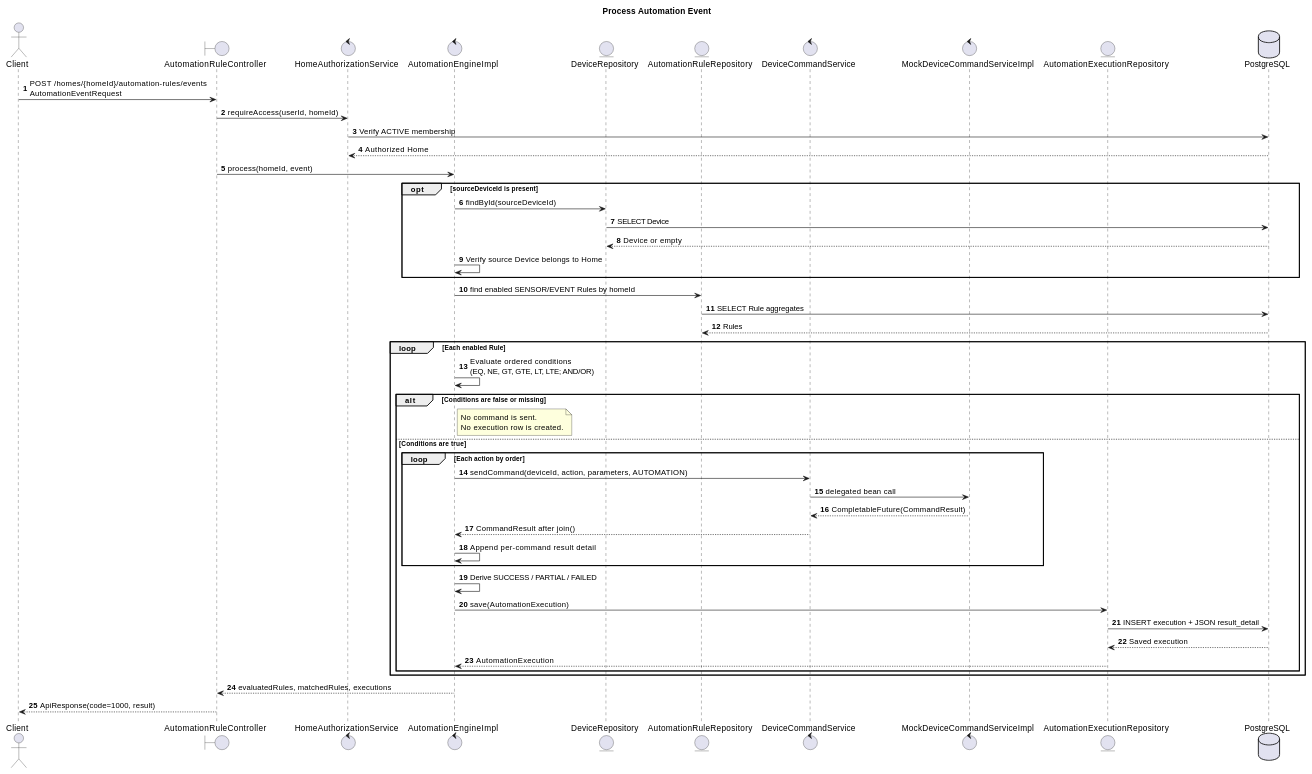
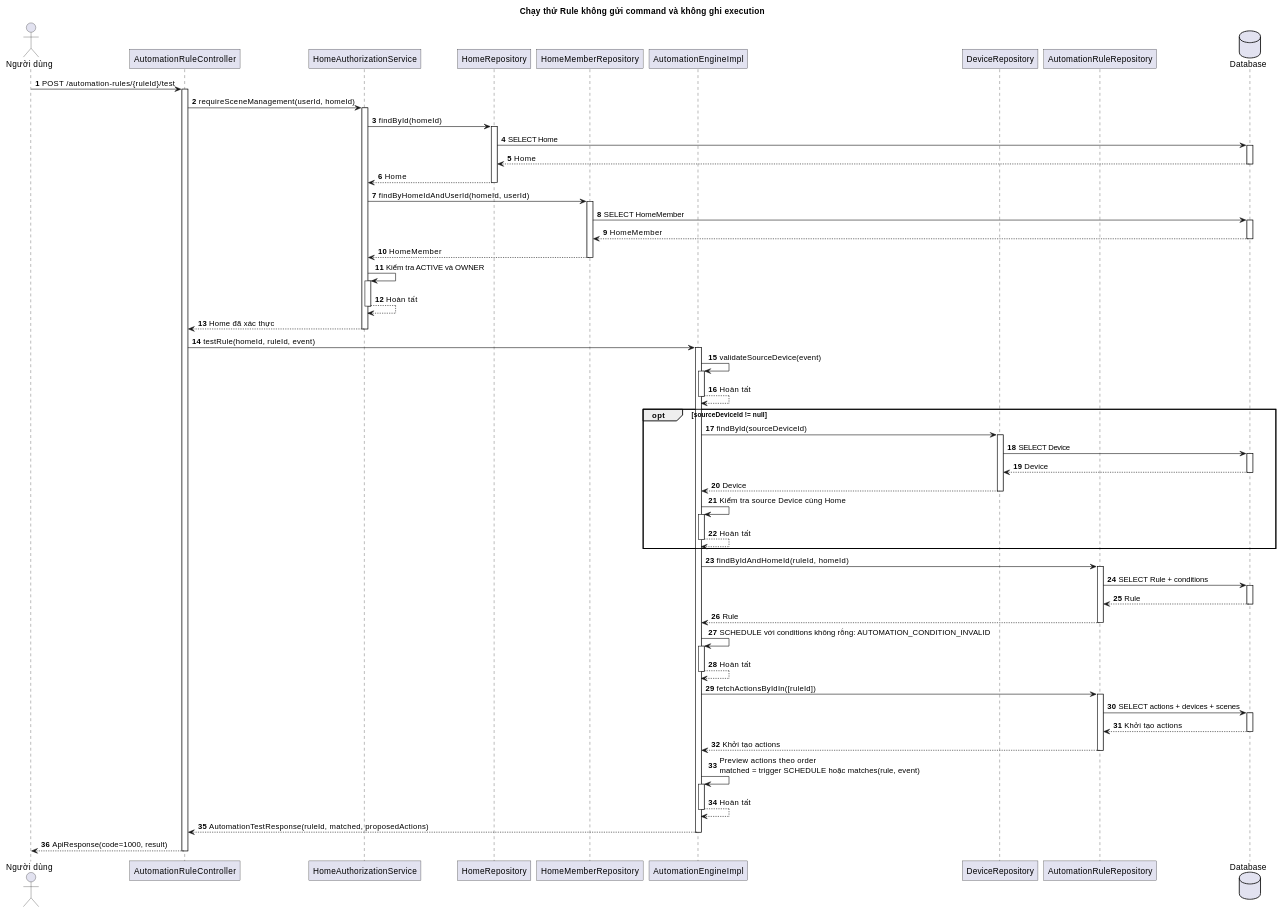
One commit to diethon/backend_hesta changed the tenth of 16 diagrams in docs/AUTOMATION_BEHAVIOR_IMPLEMENTATION.md. Above: the diagram before and after it, drawn with PlantUML. The commit also changed other lines of this file and 3 other files, not shown here.

````diff
--- a/docs/AUTOMATION_BEHAVIOR_IMPLEMENTATION.md
+++ b/docs/AUTOMATION_BEHAVIOR_IMPLEMENTATION.md
@@ -617,60 +1474,94 @@
 ```plantuml
-@startuml Automation_Event_Engine
-title Process Automation Event
+@startuml Automation_Test
+title Chạy thử Rule không gửi command và không ghi execution
+skinparam backgroundColor white
+skinparam shadowing false
+skinparam roundcorner 0
+skinparam defaultFontName Arial
+
 autonumber
-
-actor Client
-boundary AutomationRuleController as Controller
-control HomeAuthorizationService as Authorization
-control AutomationEngineImpl as Engine
-entity DeviceRepository as DeviceRepo
-entity AutomationRuleRepository as RuleRepo
-control DeviceCommandService as CommandPort
-control MockDeviceCommandServiceImpl as MockDevice
-entity AutomationExecutionRepository as ExecutionRepo
-database PostgreSQL as DB
-
-Client -> Controller: POST /homes/{homeId}/automation-rules/events\nAutomationEventRequest
-Controller -> Authorization: requireAccess(userId, homeId)
-Authorization -> DB: Verify ACTIVE membership
-DB --> Authorization: Authorized Home
-Controller -> Engine: process(homeId, event)
-
-opt sourceDeviceId is present
-    Engine -> DeviceRepo: findById(sourceDeviceId)
-    DeviceRepo -> DB: SELECT Device
-    DB --> DeviceRepo: Device or empty
-    Engine -> Engine: Verify source Device belongs to Home
+actor "Người dùng" as Client
+participant "AutomationRuleController" as Controller
+participant "HomeAuthorizationService" as Auth
+participant "HomeRepository" as HomeRepo
+participant "HomeMemberRepository" as MemberRepo
+participant "AutomationEngineImpl" as Engine
+participant "DeviceRepository" as DeviceRepo
+participant "AutomationRuleRepository" as RuleRepo
+database "Database" as DB
+Client -> Controller: POST /automation-rules/{ruleId}/test
+activate Controller
+Controller -> Auth: requireSceneManagement(userId, homeId)
+activate Auth
+Auth -> HomeRepo: findById(homeId)
+activate HomeRepo
+HomeRepo -> DB: SELECT Home
+activate DB
+DB --> HomeRepo: Home
+deactivate DB
+HomeRepo --> Auth: Home
+deactivate HomeRepo
+Auth -> MemberRepo: findByHomeIdAndUserId(homeId, userId)
+activate MemberRepo
+MemberRepo -> DB: SELECT HomeMember
+activate DB
+DB --> MemberRepo: HomeMember
+deactivate DB
+MemberRepo --> Auth: HomeMember
+deactivate MemberRepo
+Auth -> Auth: Kiểm tra ACTIVE và OWNER
+activate Auth
+Auth --> Auth: Hoàn tất
+deactivate Auth
+Auth --> Controller: Home đã xác thực
+deactivate Auth
+Controller -> Engine: testRule(homeId, ruleId, event)
+activate Engine
+Engine -> Engine: validateSourceDevice(event)
+activate Engine
+Engine --> Engine: Hoàn tất
+deactivate Engine
+opt sourceDeviceId != null
+Engine -> DeviceRepo: findById(sourceDeviceId)
+activate DeviceRepo
+DeviceRepo -> DB: SELECT Device
+activate DB
+DB --> DeviceRepo: Device
+deactivate DB
+DeviceRepo --> Engine: Device
+deactivate DeviceRepo
+Engine -> Engine: Kiểm tra source Device cùng Home
+activate Engine
+Engine --> Engine: Hoàn tất
+deactivate Engine
 end
-
-Engine -> RuleRepo: find enabled SENSOR/EVENT Rules by homeId
-RuleRepo -> DB: SELECT Rule aggregates
-DB --> RuleRepo: Rules
-
-loop Each enabled Rule
-    Engine -> Engine: Evaluate ordered conditions\n(EQ, NE, GT, GTE, LT, LTE; AND/OR)
-    alt Conditions are false or missing
-        note right of Engine
-          No command is sent.
-          No execution row is created.
-        end note
-    else Conditions are true
-        loop Each action by order
-            Engine -> CommandPort: sendCommand(deviceId, action, parameters, AUTOMATION)
-            CommandPort -> MockDevice: delegated bean call
-            MockDevice --> CommandPort: CompletableFuture(CommandResult)
-            CommandPort --> Engine: CommandResult after join()
-            Engine -> Engine: Append per-command result detail
-        end
-        Engine -> Engine: Derive SUCCESS / PARTIAL / FAILED
-        Engine -> ExecutionRepo: save(AutomationExecution)
-        ExecutionRepo -> DB: INSERT execution + JSON result_detail
-        DB --> ExecutionRepo: Saved execution
-        ExecutionRepo --> Engine: AutomationExecution
-    end
-end
-
-Engine --> Controller: evaluatedRules, matchedRules, executions
+Engine -> RuleRepo: findByIdAndHomeId(ruleId, homeId)
+activate RuleRepo
+RuleRepo -> DB: SELECT Rule + conditions
+activate DB
+DB --> RuleRepo: Rule
+deactivate DB
+RuleRepo --> Engine: Rule
+deactivate RuleRepo
+Engine -> Engine: SCHEDULE với conditions không rỗng: AUTOMATION_CONDITION_INVALID
+activate Engine
+Engine --> Engine: Hoàn tất
+deactivate Engine
+Engine -> RuleRepo: fetchActionsByIdIn([ruleId])
+activate RuleRepo
+RuleRepo -> DB: SELECT actions + devices + scenes
+activate DB
+DB --> RuleRepo: Khởi tạo actions
+deactivate DB
+RuleRepo --> Engine: Khởi tạo actions
+deactivate RuleRepo
+Engine -> Engine: Preview actions theo order\nmatched = trigger SCHEDULE hoặc matches(rule, event)
+activate Engine
+Engine --> Engine: Hoàn tất
+deactivate Engine
+Engine --> Controller: AutomationTestResponse(ruleId, matched, proposedActions)
+deactivate Engine
 Controller --> Client: ApiResponse(code=1000, result)
+deactivate Controller
 @enduml
 ```
````
